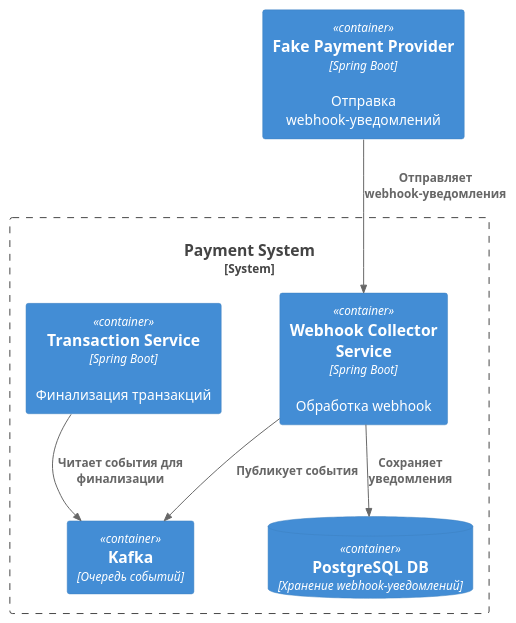
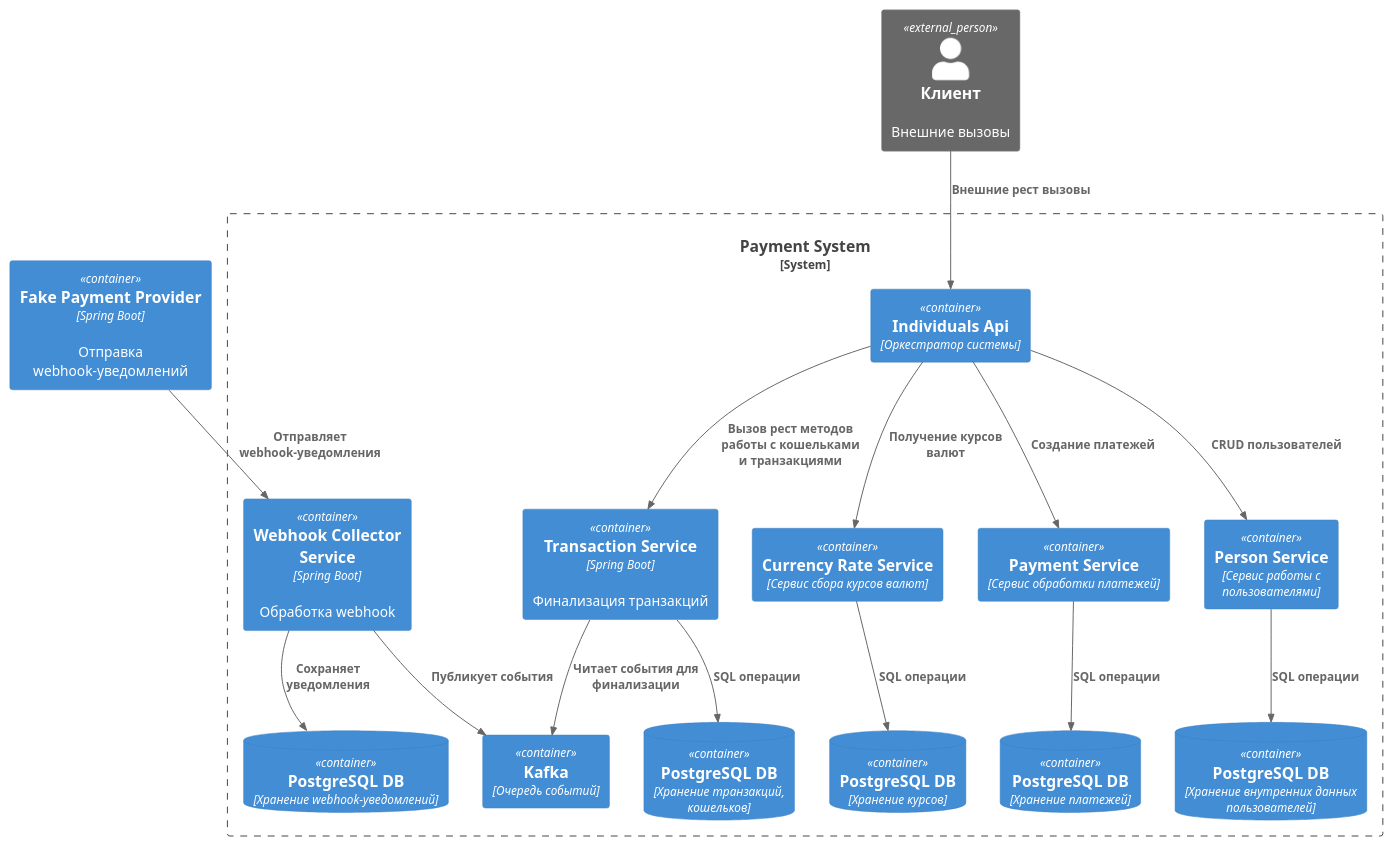
The diagram in diagrams/module_7/container_diagram_m7.puml (ubivza/payment-system), drawn with PlantUML before and after one commit. The commit also changed 1 other file, not shown here.

Commit message:
expand diagrams with more complex logic

```diff
--- a/diagrams/module_7/container_diagram_m7.puml
+++ b/diagrams/module_7/container_diagram_m7.puml
@@ -1,19 +1,43 @@
 @startuml
 !include https://raw.githubusercontent.com/plantuml-stdlib/C4-PlantUML/master/C4_Container.puml
 LAYOUT_TOP_DOWN()
 
 
 Container(fakeProvider, "Fake Payment Provider", "Spring Boot", "Отправка webhook-уведомлений")
+Person_Ext(client, "Клиент", "Внешние вызовы")
 
 System_Boundary(paymentSystem, "Payment System") {
     Container(webhookCollector, "Webhook Collector Service", "Spring Boot", "Обработка webhook")
+    ContainerDb(database, "PostgreSQL DB", "Хранение webhook-уведомлений")
+
+    Container(kafka, "Kafka", "Очередь событий")
+
+    Container(individualsApi, "Individuals Api", "Оркестратор системы")
+
     Container(transactionService, "Transaction Service", "Spring Boot", "Финализация транзакций")
-    ContainerDb(database, "PostgreSQL DB", "Хранение webhook-уведомлений")
-    Container(kafka, "Kafka", "Очередь событий")
+    ContainerDb(database5, "PostgreSQL DB", "Хранение транзакций, кошельков")
+
+    Container(currencyRateService, "Currency Rate Service", "Сервис сбора курсов валют")
+    ContainerDb(database4, "PostgreSQL DB", "Хранение курсов")
+
+    Container(paymentService, "Payment Service", "Сервис обработки платежей")
+    ContainerDb(database2, "PostgreSQL DB", "Хранение платежей")
+
+    Container(personService, "Person Service", "Сервис работы с пользователями")
+    ContainerDb(database1, "PostgreSQL DB", "Хранение внутренних данных пользователей")
 }
 
+Rel(client, individualsApi, "Внешние рест вызовы")
+Rel(individualsApi, transactionService, "Вызов рест методов работы с кошельками и транзакциями")
+Rel(individualsApi, currencyRateService, "Получение курсов валют")
+Rel(individualsApi, paymentService, "Создание платежей")
+Rel(individualsApi, personService, "CRUD пользователей")
 Rel(fakeProvider, webhookCollector, "Отправляет webhook-уведомления")
 Rel(webhookCollector, database, "Сохраняет уведомления")
 Rel(webhookCollector, kafka, "Публикует события")
 Rel(transactionService, kafka, "Читает события для финализации")
+Rel(transactionService, database5, "SQL операции")
+Rel(currencyRateService, database4, "SQL операции")
+Rel(paymentService, database2, "SQL операции")
+Rel(personService, database1, "SQL операции")
 @enduml
```
